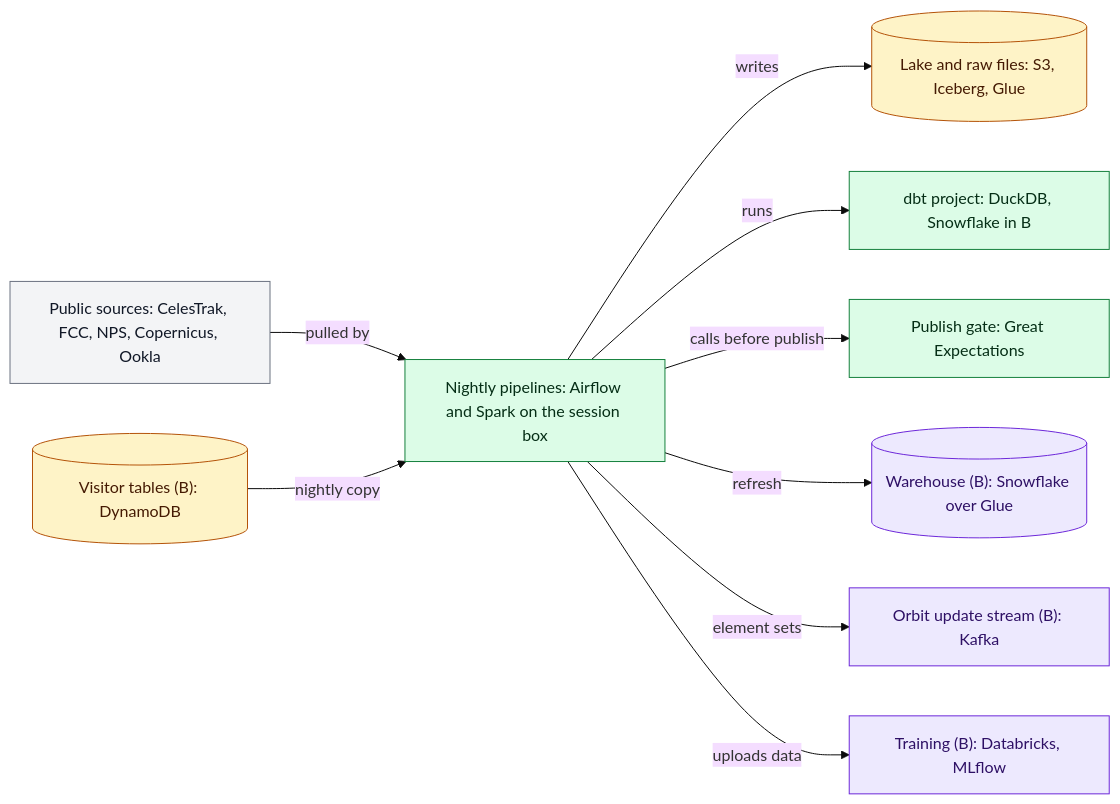
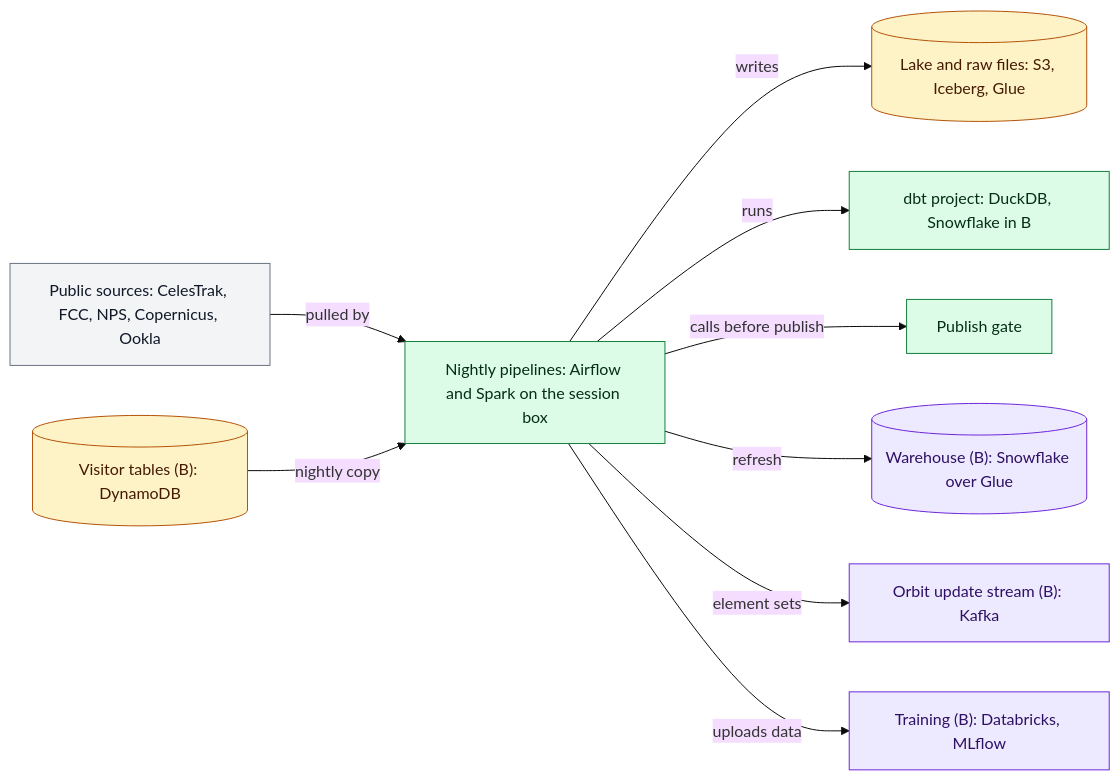
One commit to John-Wasikye/will-i-have-signal-out-there changed the third of 10 diagrams in docs/trip-planner/design-doc.md. Above: the diagram before and after it, drawn with Mermaid (base theme). The commit also changed other lines of this file and 4 other files, not shown here.

````diff
--- a/docs/trip-planner/design-doc.md
+++ b/docs/trip-planner/design-doc.md
@@ -231,25 +231,25 @@
 ```mermaid
 flowchart LR
   src["Public sources: CelesTrak, FCC, NPS, Copernicus, Ookla"]:::ext
   pipe["Nightly pipelines: Airflow and Spark on the session box"]:::cont
   dbt["dbt project: DuckDB, Snowflake in B"]:::cont
-  gate["Publish gate: Great Expectations"]:::cont
+  gate["Publish gate"]:::cont
   lake[("Lake and raw files: S3, Iceberg, Glue")]:::store
   ddb[("Visitor tables (B): DynamoDB")]:::store
   stream["Orbit update stream (B): Kafka"]:::phb
   train["Training (B): Databricks, MLflow"]:::phb
   wh[("Warehouse (B): Snowflake over Glue")]:::phb
   src -->|pulled by| pipe
   pipe -->|writes| lake
   pipe -->|runs| dbt
   pipe -->|calls before publish| gate
   ddb -->|nightly copy| pipe
   pipe -->|refresh| wh
   pipe -->|element sets| stream
   pipe -->|uploads data| train
   classDef person fill:#dbeafe,stroke:#1d4ed8,color:#0b1f4d
   classDef ext fill:#f3f4f6,stroke:#6b7280,color:#111827
   classDef cont fill:#dcfce7,stroke:#15803d,color:#052e16
   classDef store fill:#fef3c7,stroke:#b45309,color:#451a03
   classDef phb fill:#ede9fe,stroke:#6d28d9,color:#2e1065
 ```
````
